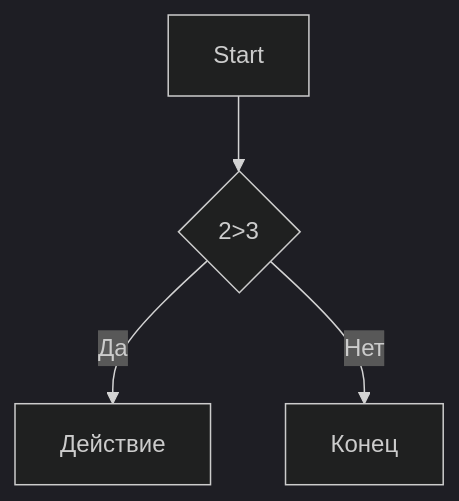
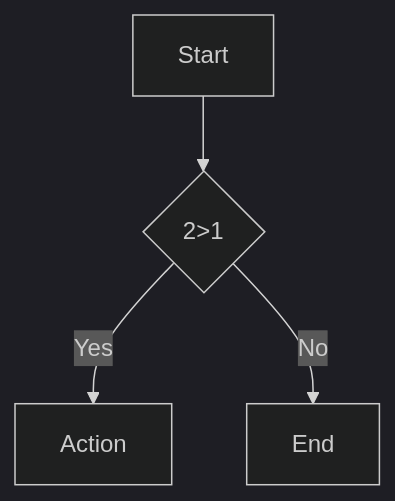
Before and after one commit to Daiz124/Hw_22.09: the diagram in README.md, drawn with Mermaid (dark theme).

Commit message:
Hw_22.09

````diff
--- a/README.md
+++ b/README.md
@@ -104,6 +104,6 @@
 ```mermaid
 graph TD
-  A[Start] --> B{2>3}
-  B --> |Да| C[Действие]
-  B --> |Нет| D[Конец]
+  A[Start] --> B{2>1}
+  B --> |Yes| C[Action]
+  B --> |No| D[End]
 ```
````
